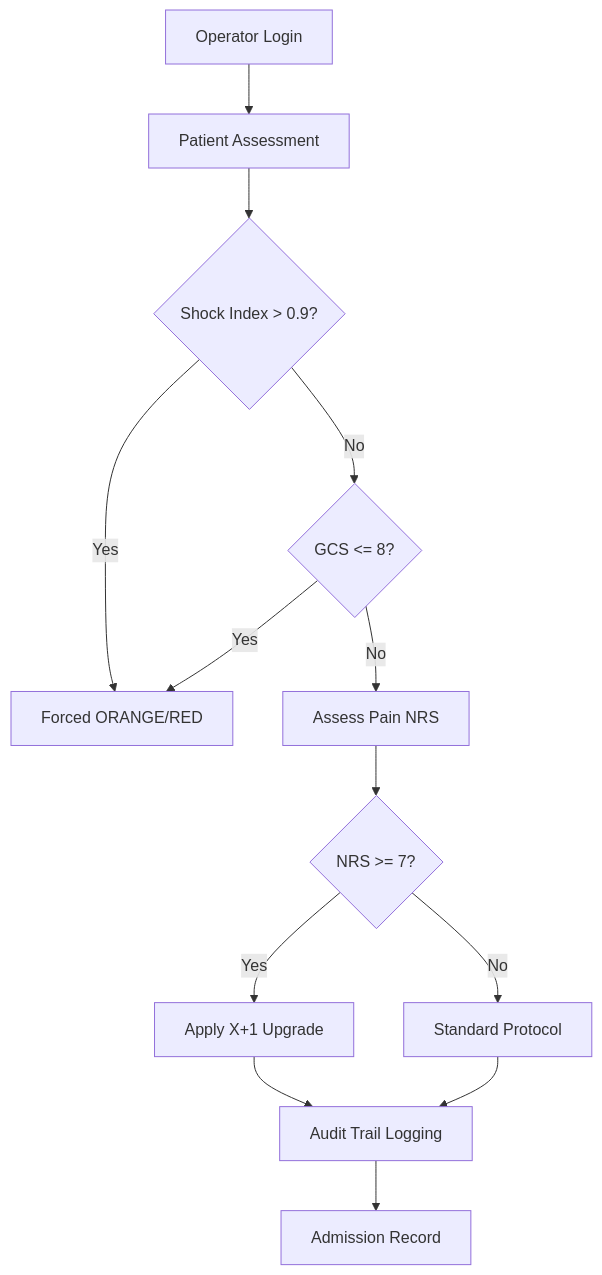
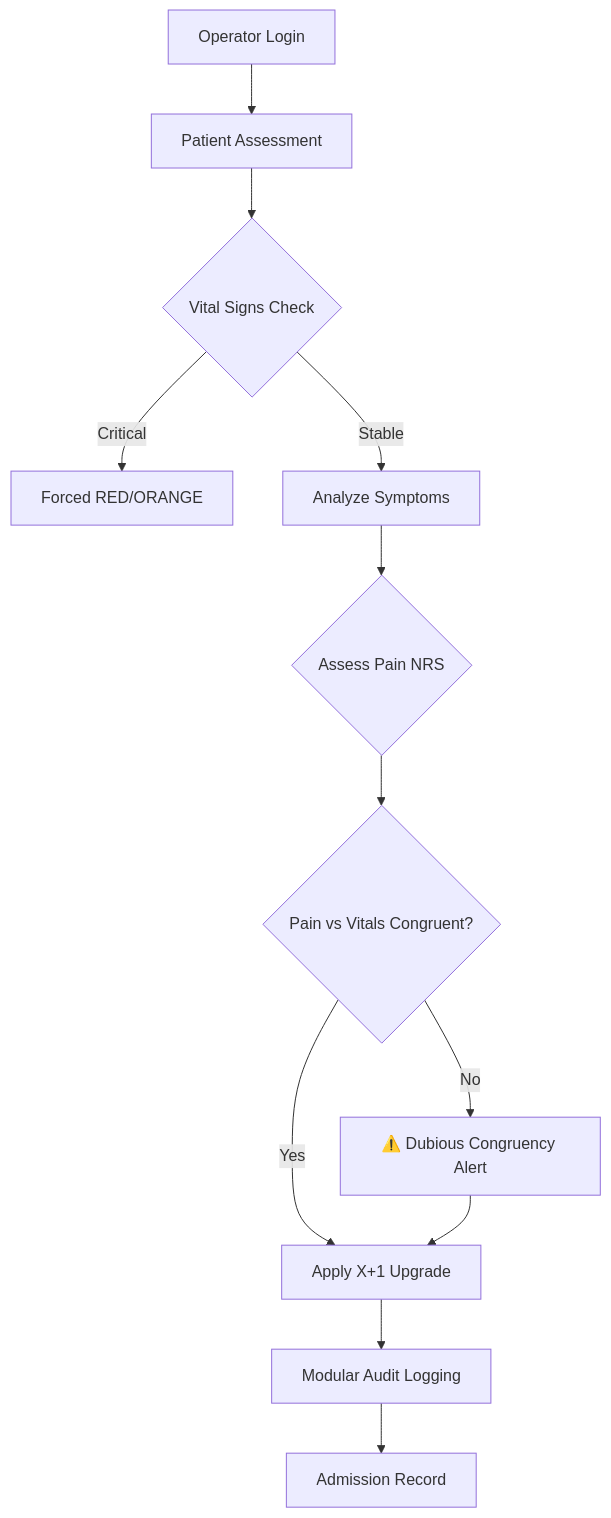
Before and after one commit to E-Tarchi/medical-triage-system: the diagram in README.md, drawn with Mermaid. The commit also changed other lines of this file and 5 other files, not shown here.

Commit message:
"Release v0.6.2: Modular architecture, Shock Index and Audit Log examples"

````diff
--- a/README.md
+++ b/README.md
@@ -28,15 +29,14 @@
 ```mermaid
 graph TD
     A[Operator Login] --> B[Patient Assessment]
-    B --> C{Shock Index > 0.9?}
-    C -- Yes --> D[Forced ORANGE/RED]
-    C -- No --> E{GCS <= 8?}
-    E -- Yes --> D
-    E -- No --> F[Assess Pain NRS]
-    F --> G{NRS >= 7?}
-    G -- Yes --> H[Apply X+1 Upgrade]
-    G -- No --> I[Standard Protocol]
-    H --> L[Audit Trail Logging]
-    I --> L
+    B --> C{Vital Signs Check}
+    C -- Critical --> D[Forced RED/ORANGE]
+    C -- Stable --> E[Analyze Symptoms]
+    E --> F{Assess Pain NRS}
+    F --> G{Pain vs Vitals Congruent?}
+    G -- No --> H[⚠️ Dubious Congruency Alert]
+    G -- Yes --> I[Apply X+1 Upgrade]
+    H --> I
+    I --> L[Modular Audit Logging]
     L --> M[Admission Record]
 ```
````
